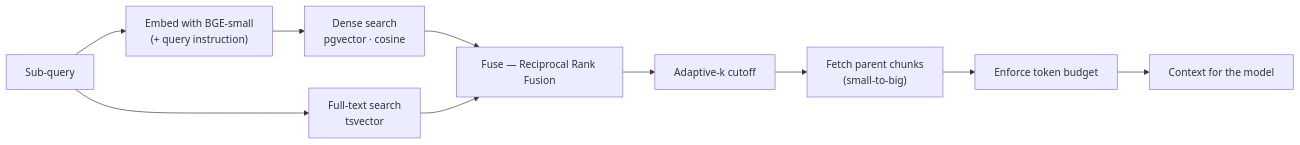
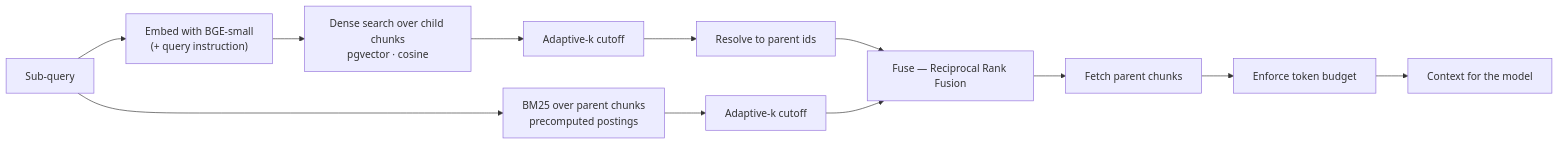
The third of 5 diagrams in README.md (johntrimble/meeplemate), drawn with Mermaid before and after one commit. The commit also changed other lines of this file and 12 other files, not shown here.

Commit message:
Fix full text search (#98)

````diff
--- a/README.md
+++ b/README.md
@@ -166,12 +166,14 @@
 ```mermaid
 flowchart LR
     query["Sub-query"] --> emb["Embed with BGE-small<br/>(+ query instruction)"]
-    emb --> dense["Dense search<br/>pgvector · cosine"]
-    query --> fts["Full-text search<br/>tsvector"]
-    dense --> rrf["Fuse — Reciprocal Rank Fusion"]
-    fts --> rrf
-    rrf --> ak["Adaptive-k cutoff"]
-    ak --> parent["Fetch parent chunks<br/>(small-to-big)"]
+    emb --> dense["Dense search over child chunks<br/>pgvector · cosine"]
+    dense --> ak1["Adaptive-k cutoff"]
+    ak1 --> par1["Resolve to parent ids"]
+    query --> bm25["BM25 over parent chunks<br/>precomputed postings"]
+    bm25 --> ak2["Adaptive-k cutoff"]
+    par1 --> rrf["Fuse — Reciprocal Rank Fusion"]
+    ak2 --> rrf
+    rrf --> parent["Fetch parent chunks"]
     parent --> budget["Enforce token budget"]
     budget --> out["Context for the model"]
 ```
````
